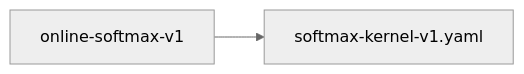
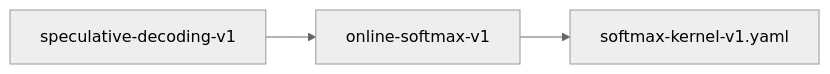
The diagram in book/src/contracts/online-softmax-v1.md (paiml/provable-contracts), drawn with Mermaid (neutral theme) before and after one commit. The commit also changed other lines of this file and 136 other files, not shown here.

````diff
--- a/book/src/contracts/online-softmax-v1.md
+++ b/book/src/contracts/online-softmax-v1.md
@@ -18,4 +18,5 @@
 ```mermaid
 graph LR
     online_softmax_v1["online-softmax-v1"] --> softmax_kernel_v1.yaml["softmax-kernel-v1.yaml"]
+    speculative_decoding_v1["speculative-decoding-v1"] --> online_softmax_v1["online-softmax-v1"]
 ```
````
